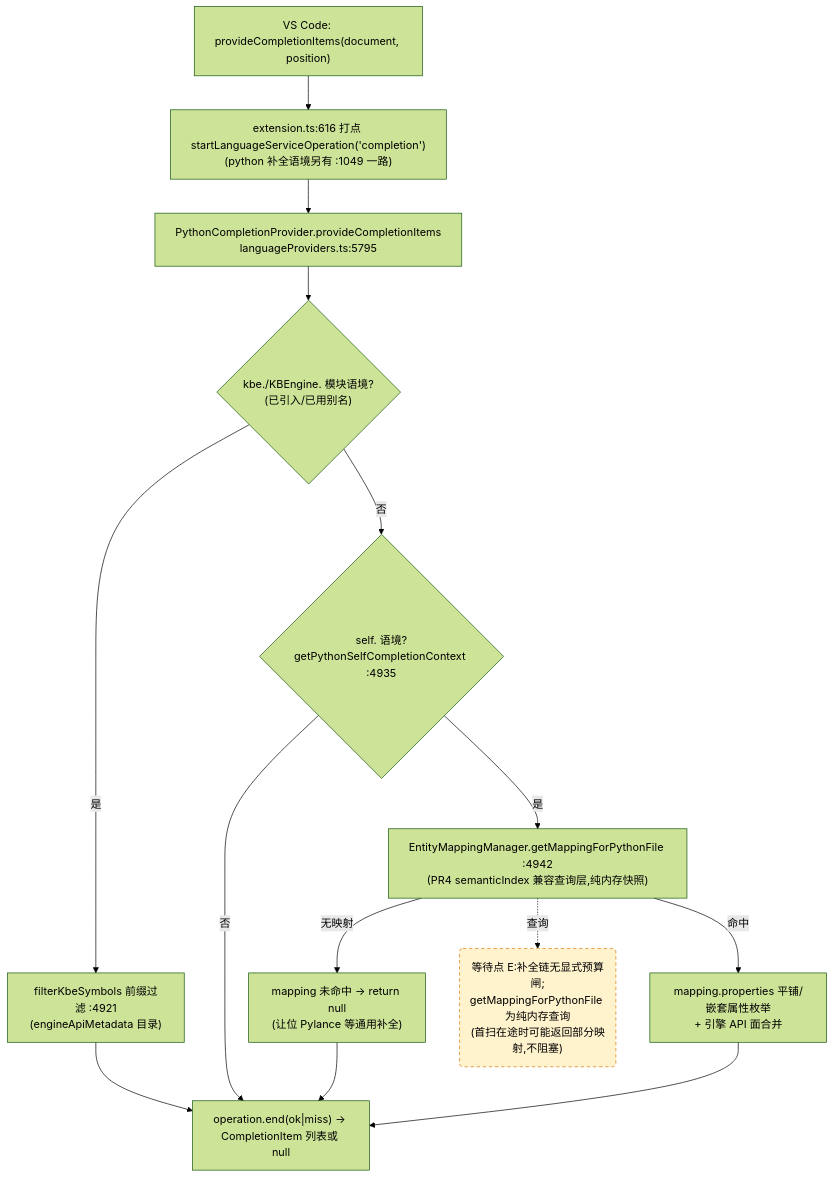
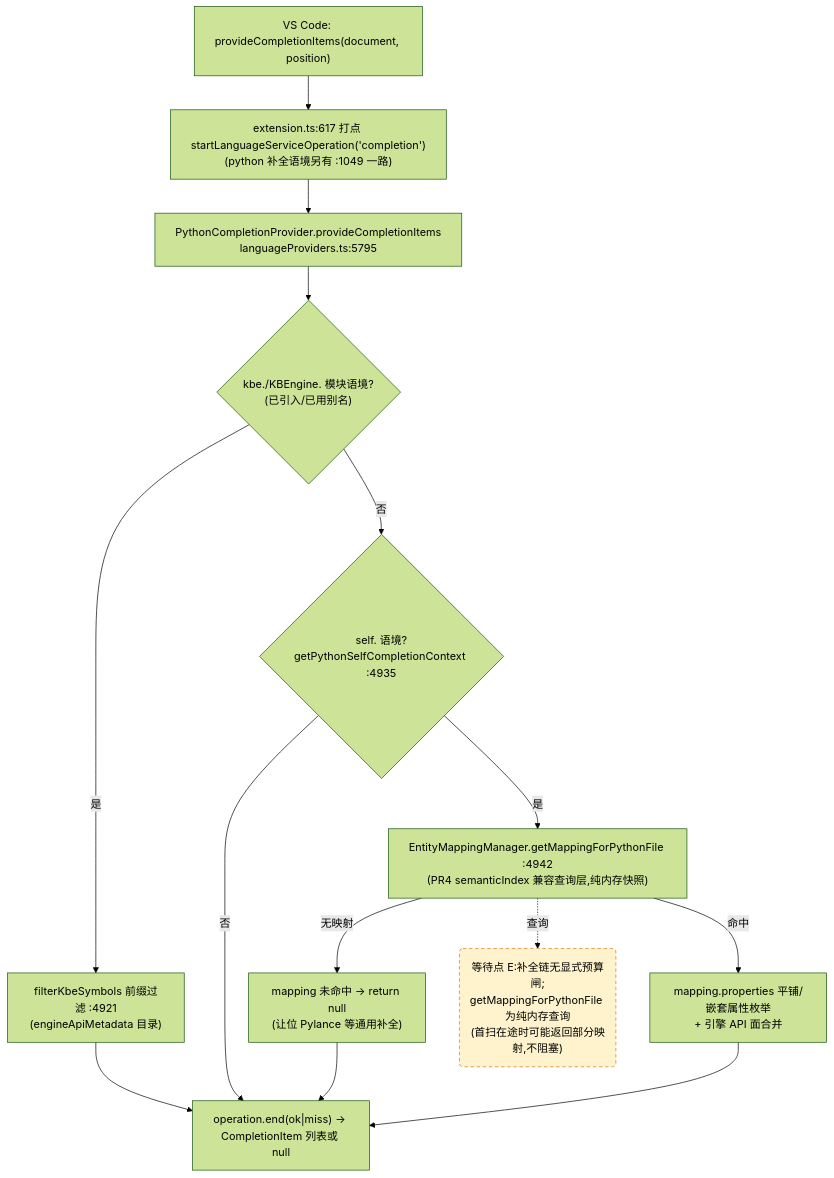
The third of 4 diagrams in docs/perf/2026-baseline.md (cuihairu/kode), drawn with Mermaid (forest theme) before and after one commit. The commit also changed other lines of this file and 12 other files, not shown here.

````diff
--- a/docs/perf/2026-baseline.md
+++ b/docs/perf/2026-baseline.md
@@ -184,27 +184,27 @@
 ```mermaid
 flowchart TD
   VC3["VS Code: provideCompletionItems(document, position)"]
-  M3["extension.ts:616 打点 startLanguageServiceOperation('completion')<br/>(python 补全语境另有 :1049 一路)"]
+  M3["extension.ts:617 打点 startLanguageServiceOperation('completion')<br/>(python 补全语境另有 :1049 一路)"]
   CP["PythonCompletionProvider.provideCompletionItems<br/>languageProviders.ts:5795"]
   KBEC{"kbe./KBEngine. 模块语境?<br/>(已引入/已用别名)"}
   FILTER["filterKbeSymbols 前缀过滤 :4921<br/>(engineApiMetadata 目录)"]
   SELFC{"self. 语境?<br/>getPythonSelfCompletionContext :4935"}
   MAP["EntityMappingManager.getMappingForPythonFile :4942<br/>(PR4 semanticIndex 兼容查询层,纯内存快照)"]
   NOMAP["mapping 未命中 → return null<br/>(让位 Pylance 等通用补全)"]
   PROPS["mapping.properties 平铺/嵌套属性枚举<br/>+ 引擎 API 面合并"]
   END3["operation.end(ok|miss) → CompletionItem 列表或 null"]
 
   VC3 --> M3 --> CP --> KBEC
   KBEC -- "是" --> FILTER --> END3
   KBEC -- "否" --> SELFC
   SELFC -- "否" --> END3
   SELFC -- "是" --> MAP
   MAP -- "无映射" --> NOMAP --> END3
   MAP -- "命中" --> PROPS --> END3
 
   WAITE("等待点 E:补全链无显式预算闸;<br/>getMappingForPythonFile 为纯内存查询<br/>(首扫在途时可能返回部分映射,不阻塞)")
   MAP -.->|查询| WAITE
 
   classDef waitPoint fill:#fff3cd,stroke:#d97706,stroke-dasharray:5 4;
   class WAITE waitPoint;
 ```
````
